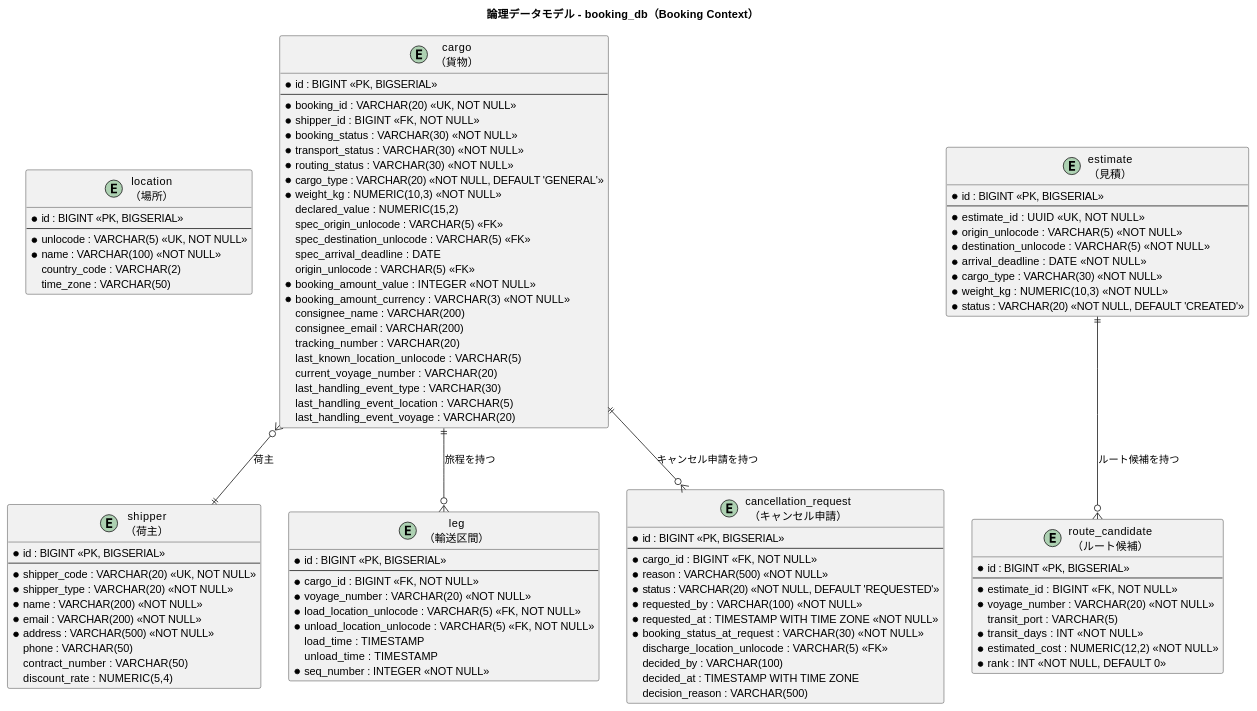
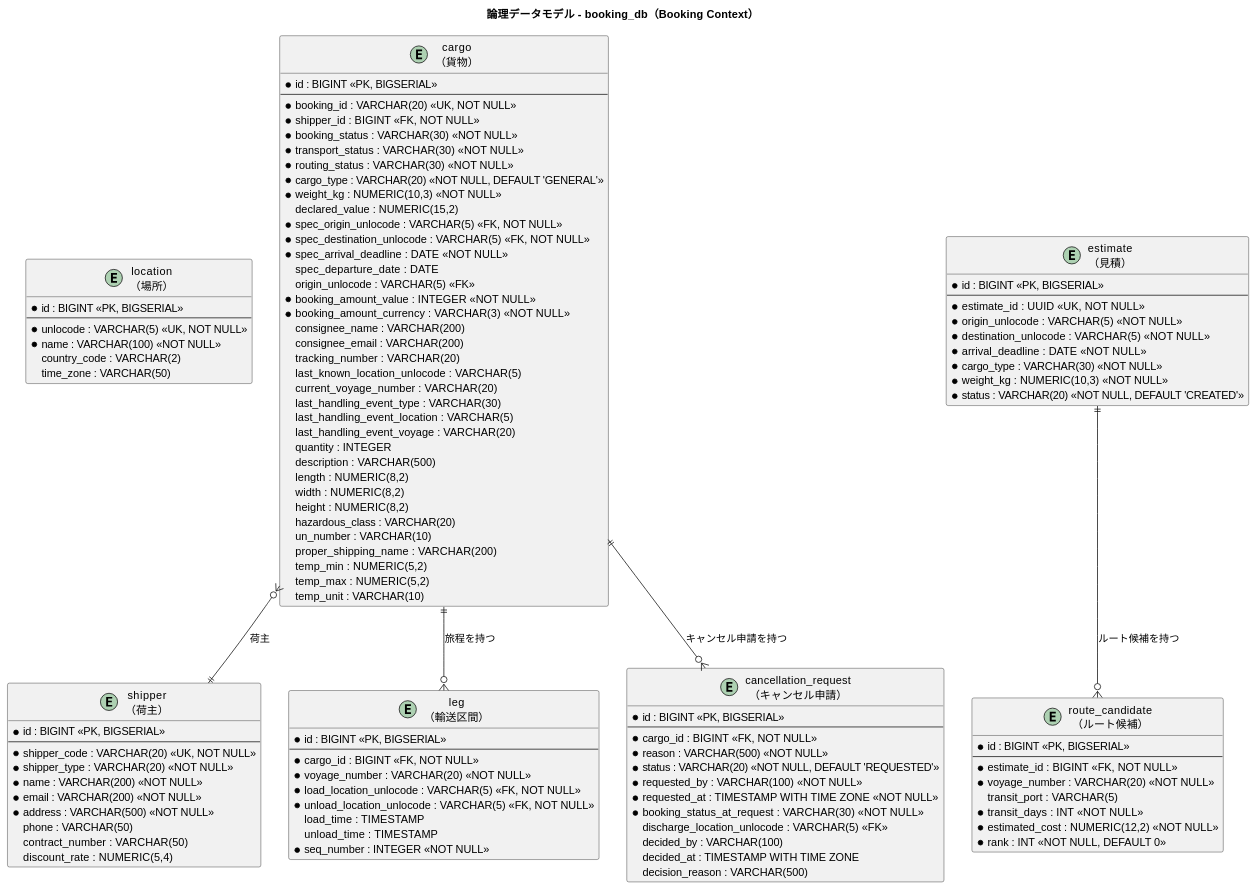
One commit to k2works/case-study-cargo-tracker changed the third of 7 diagrams in docs/design/data-model.md. Above: the diagram before and after it, drawn with PlantUML. The commit also changed 3 other files, not shown here.

```diff
--- a/docs/design/data-model.md
+++ b/docs/design/data-model.md
@@ -405,9 +405,10 @@
   * cargo_type : VARCHAR(20) <<NOT NULL, DEFAULT 'GENERAL'>>
   * weight_kg : NUMERIC(10,3) <<NOT NULL>>
   declared_value : NUMERIC(15,2)
-  spec_origin_unlocode : VARCHAR(5) <<FK>>
-  spec_destination_unlocode : VARCHAR(5) <<FK>>
-  spec_arrival_deadline : DATE
+  * spec_origin_unlocode : VARCHAR(5) <<FK, NOT NULL>>
+  * spec_destination_unlocode : VARCHAR(5) <<FK, NOT NULL>>
+  * spec_arrival_deadline : DATE <<NOT NULL>>
+  spec_departure_date : DATE
   origin_unlocode : VARCHAR(5) <<FK>>
   * booking_amount_value : INTEGER <<NOT NULL>>
   * booking_amount_currency : VARCHAR(3) <<NOT NULL>>
@@ -419,6 +420,17 @@
   last_handling_event_type : VARCHAR(30)
   last_handling_event_location : VARCHAR(5)
   last_handling_event_voyage : VARCHAR(20)
+  quantity : INTEGER
+  description : VARCHAR(500)
+  length : NUMERIC(8,2)
+  width : NUMERIC(8,2)
+  height : NUMERIC(8,2)
+  hazardous_class : VARCHAR(20)
+  un_number : VARCHAR(10)
+  proper_shipping_name : VARCHAR(200)
+  temp_min : NUMERIC(5,2)
+  temp_max : NUMERIC(5,2)
+  temp_unit : VARCHAR(10)
 }
 
 entity "leg\n（輸送区間）" as leg {
```
